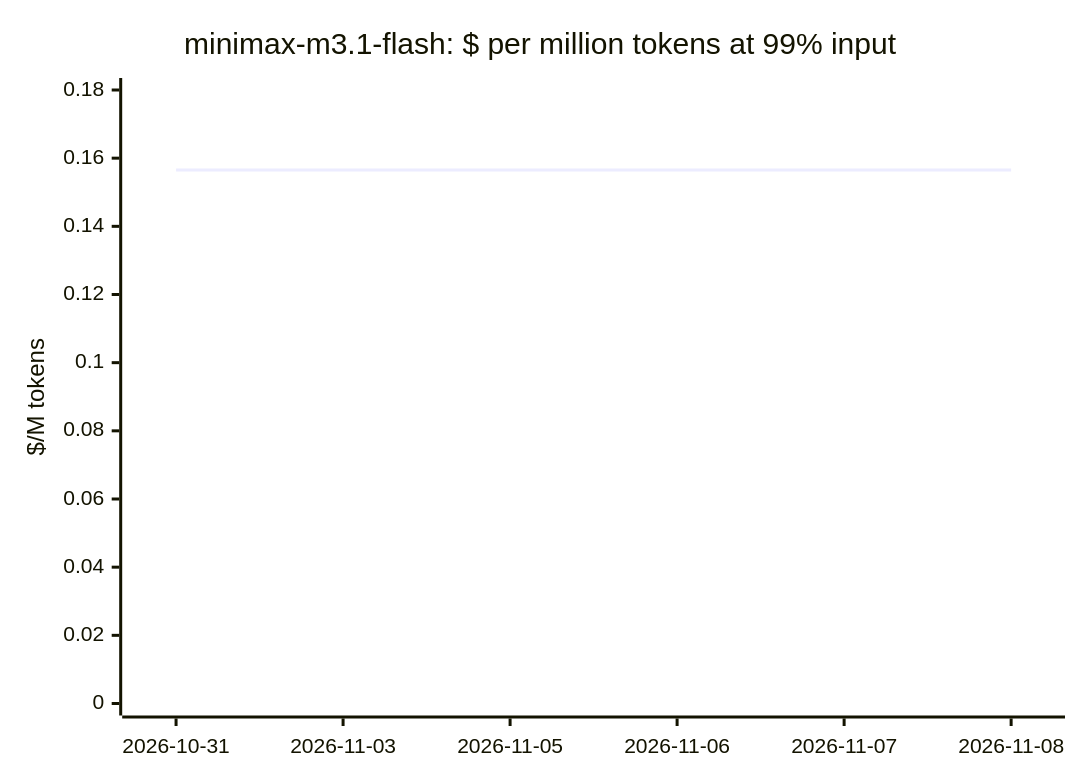
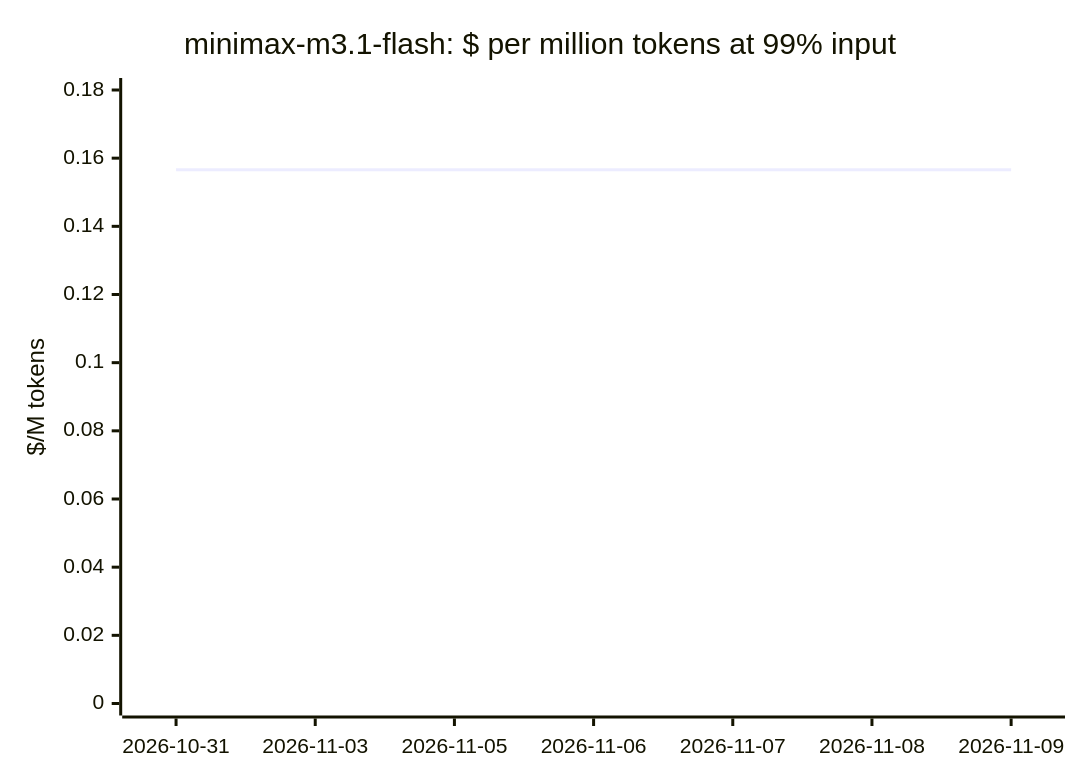
Before and after one commit to cklukas/OMEGA_TRANSFORM: the tenth of 20 diagrams in docs/openrouter-models.md, drawn with Mermaid. The commit also changed other lines of this file and 47 other files, not shown here.

````diff
--- a/docs/openrouter-models.md
+++ b/docs/openrouter-models.md
@@ -222,7 +222,7 @@
 ```mermaid
 xychart-beta
     title "minimax-m3.1-flash: $ per million tokens at 99% input"
-    x-axis ["2026-10-31", "2026-11-03", "2026-11-05", "2026-11-06", "2026-11-07", "2026-11-08"]
+    x-axis ["2026-10-31", "2026-11-03", "2026-11-05", "2026-11-06", "2026-11-07", "2026-11-08", "2026-11-09"]
     y-axis "$/M tokens" 0 --> 0.18
-    line [0.1565, 0.1565, 0.1565, 0.1565, 0.1565, 0.1565]
+    line [0.1566, 0.1566, 0.1566, 0.1566, 0.1566, 0.1566, 0.1566]
 ```
````
